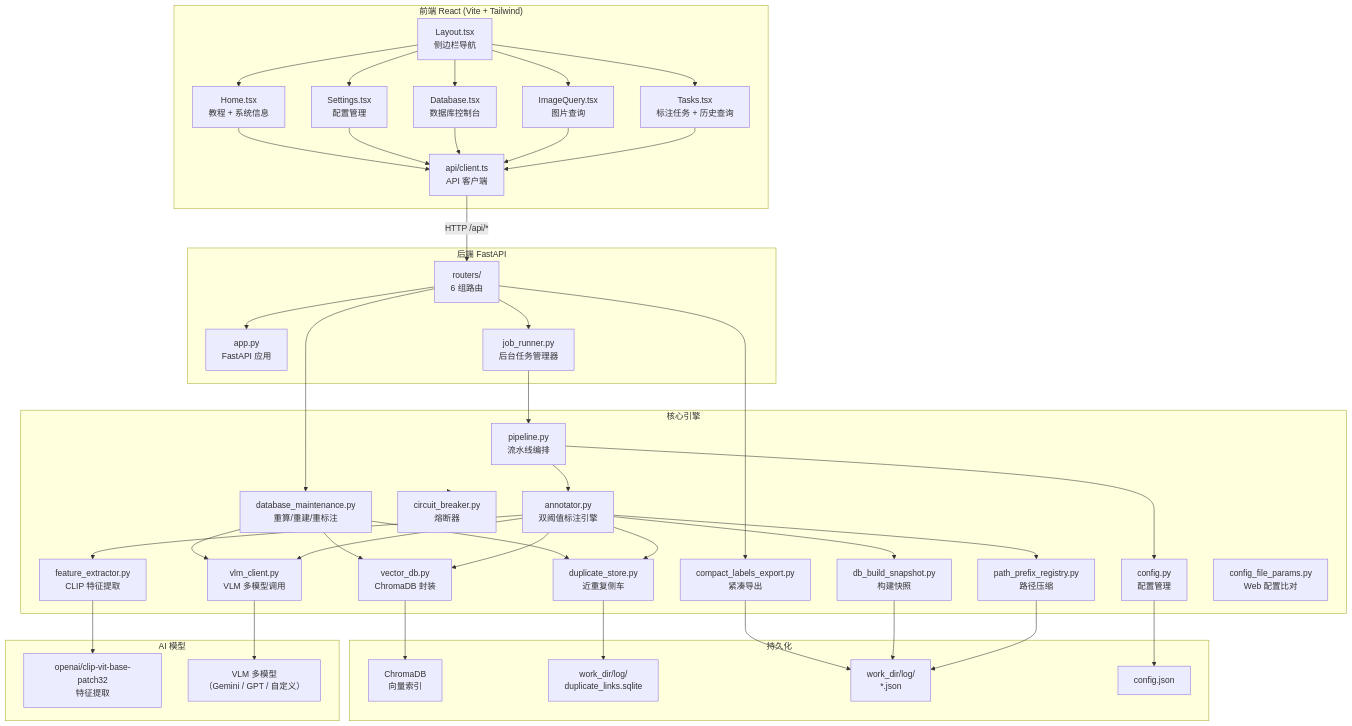
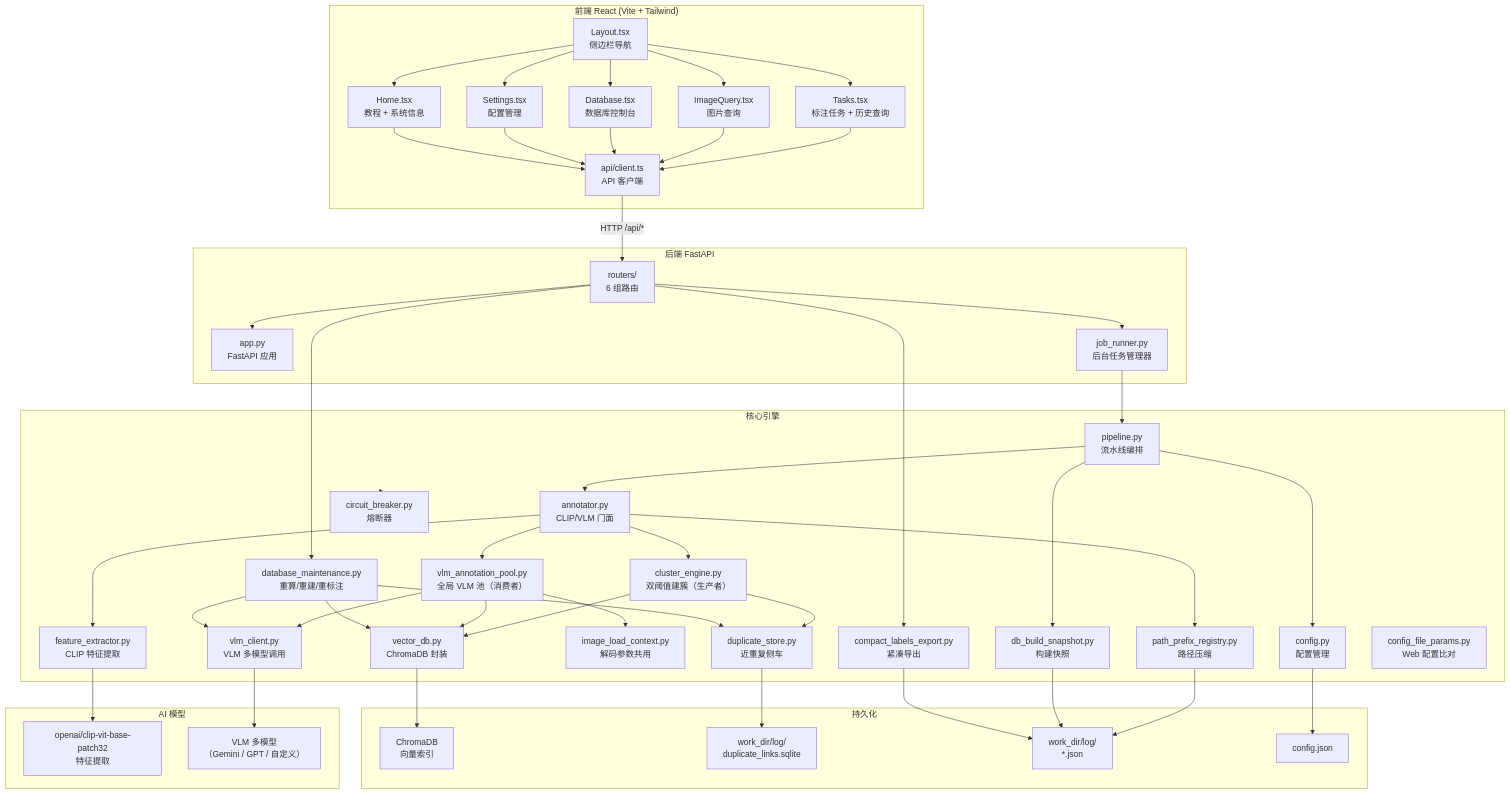
The first of 8 diagrams in notes/for_developer/ARCHITECTURE.md (cantbeblank96/auto_tag), drawn with Mermaid before and after one commit. The commit also changed other lines of this file and 36 other files, not shown here.

First line of the commit message:
release: v0.0.3 — CLIP/VLM 解耦、时序调试与任务耗时/模型统计

````diff
--- a/notes/for_developer/ARCHITECTURE.md
+++ b/notes/for_developer/ARCHITECTURE.md
@@ -9,66 +9,73 @@
 ```mermaid
 graph TB
     subgraph Frontend ["前端 React (Vite + Tailwind)"]
         Layout["Layout.tsx<br/>侧边栏导航"]
         Home["Home.tsx<br/>教程 + 系统信息"]
         Tasks["Tasks.tsx<br/>标注任务 + 历史查询"]
         ImageQuery["ImageQuery.tsx<br/>图片查询"]
         Database_["Database.tsx<br/>数据库控制台"]
         Settings["Settings.tsx<br/>配置管理"]
         API_Client["api/client.ts<br/>API 客户端"]
     end
 
     subgraph Backend ["后端 FastAPI"]
         App["app.py<br/>FastAPI 应用"]
         JobRunner["job_runner.py<br/>后台任务管理器"]
         Routes["routers/<br/>6 组路由"]
     end
 
     subgraph Core ["核心引擎"]
         Pipeline["pipeline.py<br/>流水线编排"]
-        Annotator["annotator.py<br/>双阈值标注引擎"]
+        Annotator["annotator.py<br/>CLIP/VLM 门面"]
+        ClusterEngine["cluster_engine.py<br/>双阈值建簇（生产者）"]
+        VlmPool["vlm_annotation_pool.py<br/>全局 VLM 池（消费者）"]
         Extractor["feature_extractor.py<br/>CLIP 特征提取"]
         VectorDB["vector_db.py<br/>ChromaDB 封装"]
         VLM["vlm_client.py<br/>VLM 多模型调用"]
+        ImageLoadCtx["image_load_context.py<br/>解码参数共用"]
         Config["config.py<br/>配置管理"]
         CircuitBreaker["circuit_breaker.py<br/>熔断器"]
         DuplicateStore["duplicate_store.py<br/>近重复侧车"]
         PathRegistry["path_prefix_registry.py<br/>路径压缩"]
         Maintenance["database_maintenance.py<br/>重算/重建/重标注"]
         Snapshot["db_build_snapshot.py<br/>构建快照"]
         CompactExport["compact_labels_export.py<br/>紧凑导出"]
         ConfigParams["config_file_params.py<br/>Web 配置比对"]
     end
 
     subgraph Storage ["持久化"]
         ChromaDB["ChromaDB<br/>向量索引"]
         SQLite["work_dir/log/<br/>duplicate_links.sqlite"]
         JSON["work_dir/log/<br/>*.json"]
         ConfigFile["config.json"]
     end
 
     subgraph AI ["AI 模型"]
         CLIP["openai/clip-vit-base-patch32<br/>特征提取"]
         VLMModels["VLM 多模型<br/>（Gemini / GPT / 自定义）"]
     end
 
     Layout --> Home & Tasks & ImageQuery & Database_ & Settings
     Tasks & ImageQuery & Database_ & Settings & Home --> API_Client
     API_Client --> |HTTP /api/*| Routes
 
     Routes --> App
     Routes --> JobRunner
     JobRunner --> Pipeline
     Pipeline --> Annotator
+    Annotator --> ClusterEngine
+    Annotator --> VlmPool
     Annotator --> Extractor --> CLIP
-    Annotator --> VectorDB --> ChromaDB
-    Annotator --> VLM --> VLMModels
-    Annotator --> DuplicateStore --> SQLite
+    ClusterEngine --> VectorDB --> ChromaDB
+    VlmPool --> VLM --> VLMModels
+    VlmPool --> VectorDB
+    VlmPool --> ImageLoadCtx
+    ClusterEngine --> DuplicateStore --> SQLite
     Annotator --> PathRegistry --> JSON
-    Annotator --> Snapshot --> JSON
+    Pipeline --> Snapshot --> JSON
     Pipeline --> Config --> ConfigFile
     Core --> CircuitBreaker
     Routes --> Maintenance
     Maintenance --> VectorDB & VLM & DuplicateStore
     Routes --> CompactExport --> JSON
 ```
````
